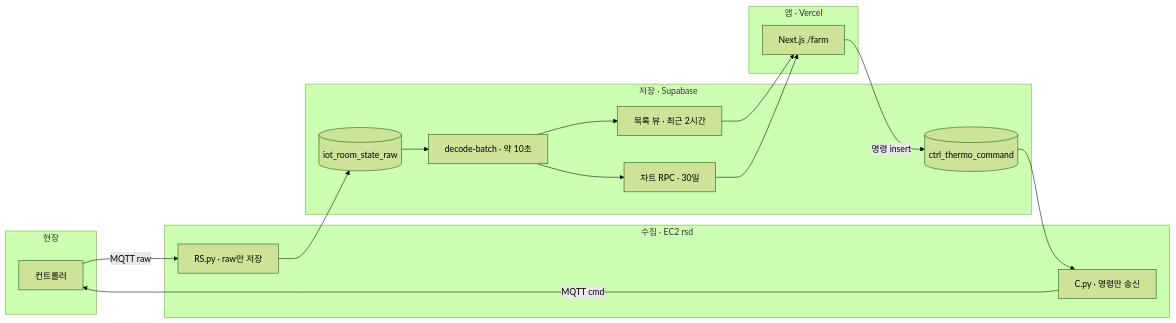
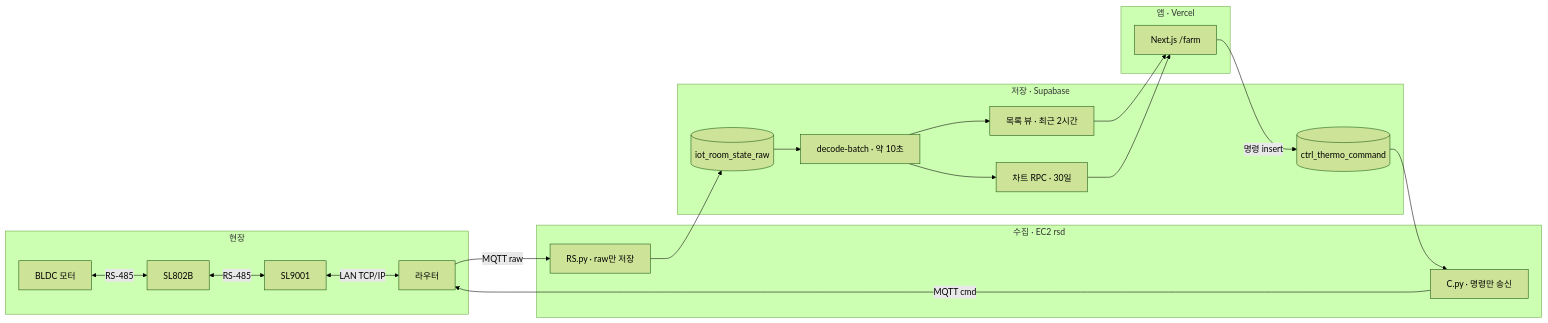
The diagram in web/docs/HANDOVER.md (autofankorea-dev/dashboard), drawn with Mermaid (forest theme) before and after one commit. The commit also changed other lines of this file and 1 other file, not shown here.

Commit message:
docs: 인수인계 그림에 현장 RS-485·LAN 계층을 넣음
BLDC 모터, SL802B, SL9001, 라우터와 각 구간 통신 방식을 한 장에 적는다.

````diff
--- a/web/docs/HANDOVER.md
+++ b/web/docs/HANDOVER.md
@@ -11,24 +11,30 @@
 ```mermaid
 flowchart LR
   subgraph field [현장]
-    dev[컨트롤러]
+    motor["BLDC 모터"]
+    sl802["SL802B"]
+    sl9001["SL9001"]
+    router["라우터"]
   end
   subgraph r [수집 · EC2 rsd]
-    rs[RS.py · raw만 저장]
-    cpy[C.py · 명령만 송신]
+    rs["RS.py · raw만 저장"]
+    cpy["C.py · 명령만 송신"]
   end
   subgraph s [저장 · Supabase]
-    raw[(iot_room_state_raw)]
-    dec[decode-batch · 약 10초]
-    list[목록 뷰 · 최근 2시간]
-    trend[차트 RPC · 30일]
-    cmd[(ctrl_thermo_command)]
+    raw[("iot_room_state_raw")]
+    dec["decode-batch · 약 10초"]
+    list["목록 뷰 · 최근 2시간"]
+    trend["차트 RPC · 30일"]
+    cmd[("ctrl_thermo_command")]
   end
   subgraph c [앱 · Vercel]
-    app[Next.js /farm]
+    app["Next.js /farm"]
   end
-  dev -->|MQTT raw| rs --> raw --> dec
+  motor <-->|"RS-485"| sl802
+  sl802 <-->|"RS-485"| sl9001
+  sl9001 <-->|"LAN TCP/IP"| router
+  router -->|"MQTT raw"| rs --> raw --> dec
   dec --> list --> app
   dec --> trend --> app
-  app -->|명령 insert| cmd --> cpy -->|MQTT cmd| dev
+  app -->|"명령 insert"| cmd --> cpy -->|"MQTT cmd"| router
 ```
````
